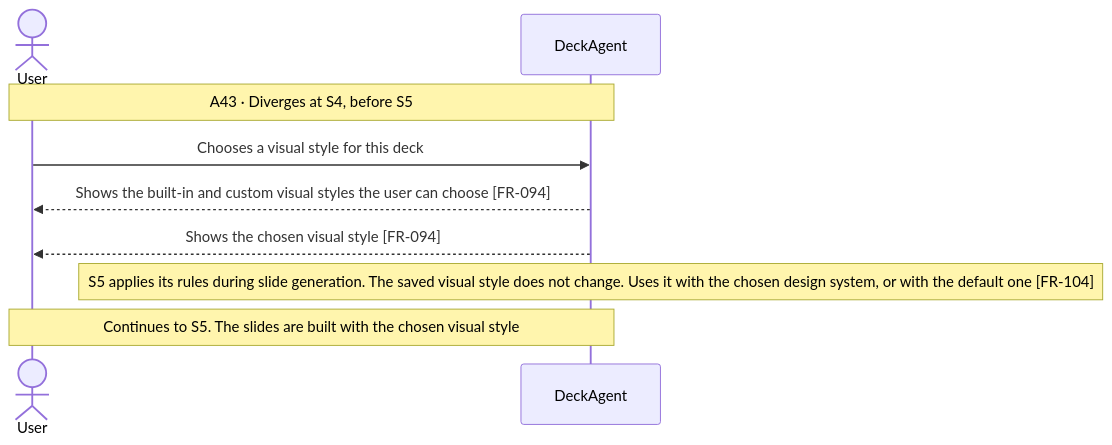
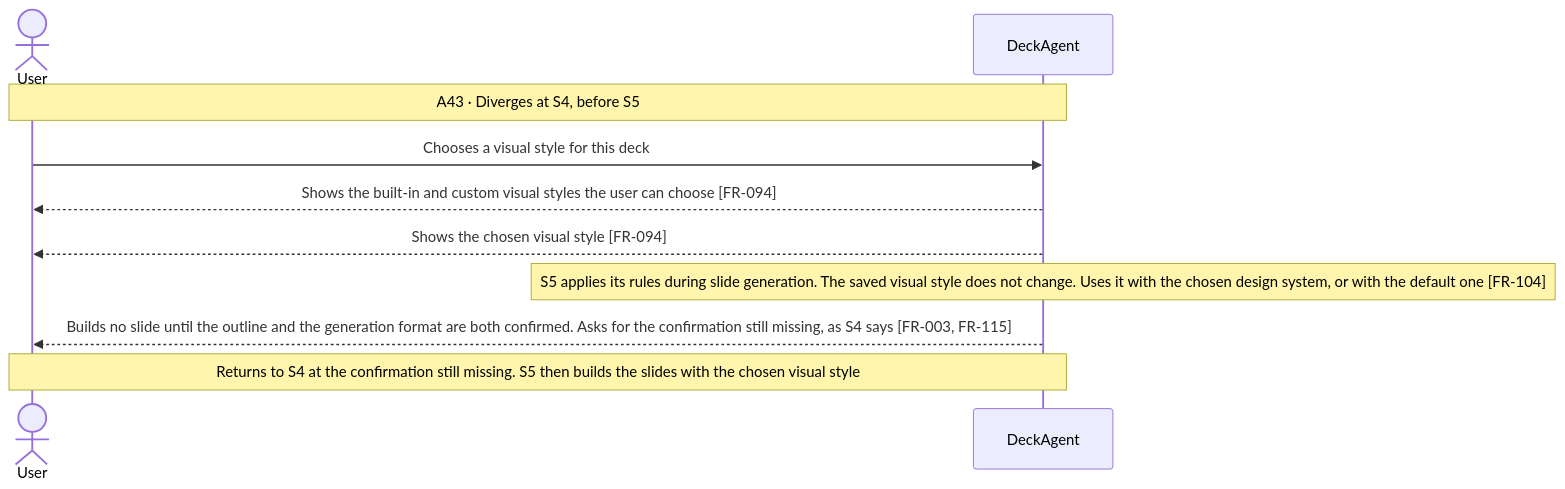
Before and after one commit to Luke23127006/DeckAgent: diagram 24 of 32 in docs/spec/03-use-cases/UC-001.md, drawn with Mermaid. The commit also changed other lines of this file and 6 other files, not shown here.

````diff
--- a/docs/spec/03-use-cases/UC-001.md
+++ b/docs/spec/03-use-cases/UC-001.md
@@ -420,11 +422,12 @@
 ```mermaid
 sequenceDiagram
     actor User
     participant DeckAgent
     Note over User,DeckAgent: A43 · Diverges at S4, before S5
     User->>DeckAgent: Chooses a visual style for this deck
     DeckAgent-->>User: Shows the built-in and custom visual styles the user can choose [FR-094]
     DeckAgent-->>User: Shows the chosen visual style [FR-094]
     note over DeckAgent: S5 applies its rules during slide generation. The saved visual style does not change. Uses it with the chosen design system, or with the default one [FR-104]
-    Note over User,DeckAgent: Continues to S5. The slides are built with the chosen visual style
+    DeckAgent-->>User: Builds no slide until the outline and the generation format are both confirmed. Asks for the confirmation still missing, as S4 says [FR-003, FR-115]
+    Note over User,DeckAgent: Returns to S4 at the confirmation still missing. S5 then builds the slides with the chosen visual style
 ```
````
